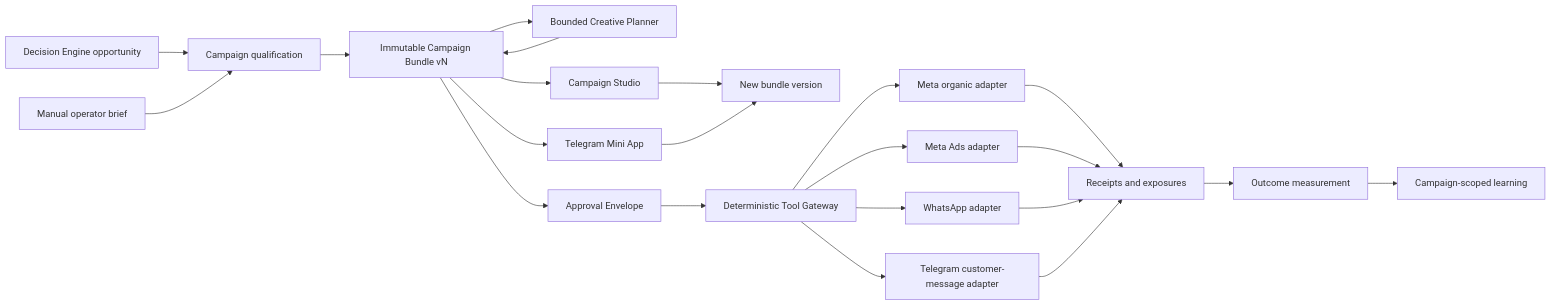
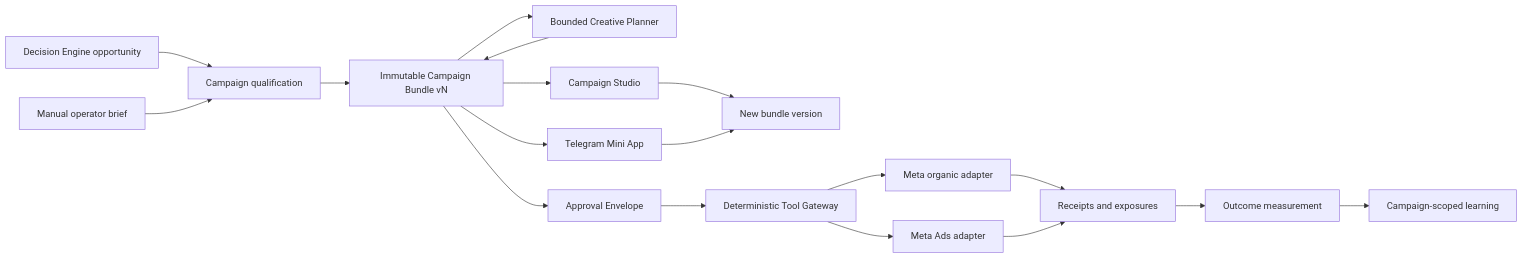
The diagram in docs/superpowers/specs/2026-08-11-unified-campaign-bundle-design.md (Jishnu-Satheesh/ai-revenue-os), drawn with Mermaid before and after one commit. The commit also changed other lines of this file, not shown here.

````diff
--- a/docs/superpowers/specs/2026-08-11-unified-campaign-bundle-design.md
+++ b/docs/superpowers/specs/2026-08-11-unified-campaign-bundle-design.md
@@ -205,24 +207,20 @@
 ```mermaid
 flowchart LR
     DE[Decision Engine opportunity] --> Q[Campaign qualification]
     MB[Manual operator brief] --> Q
     Q --> B[Immutable Campaign Bundle vN]
     B --> CP[Bounded Creative Planner]
     CP --> B
     B --> S[Campaign Studio]
     B --> TM[Telegram Mini App]
     S --> V[New bundle version]
     TM --> V
     B --> AE[Approval Envelope]
     AE --> TG[Deterministic Tool Gateway]
     TG --> MO[Meta organic adapter]
     TG --> MA[Meta Ads adapter]
-    TG --> WA[WhatsApp adapter]
-    TG --> TC[Telegram customer-message adapter]
     MO --> R[Receipts and exposures]
     MA --> R
-    WA --> R
-    TC --> R
     R --> M[Outcome measurement]
     M --> L[Campaign-scoped learning]
 ```
````
